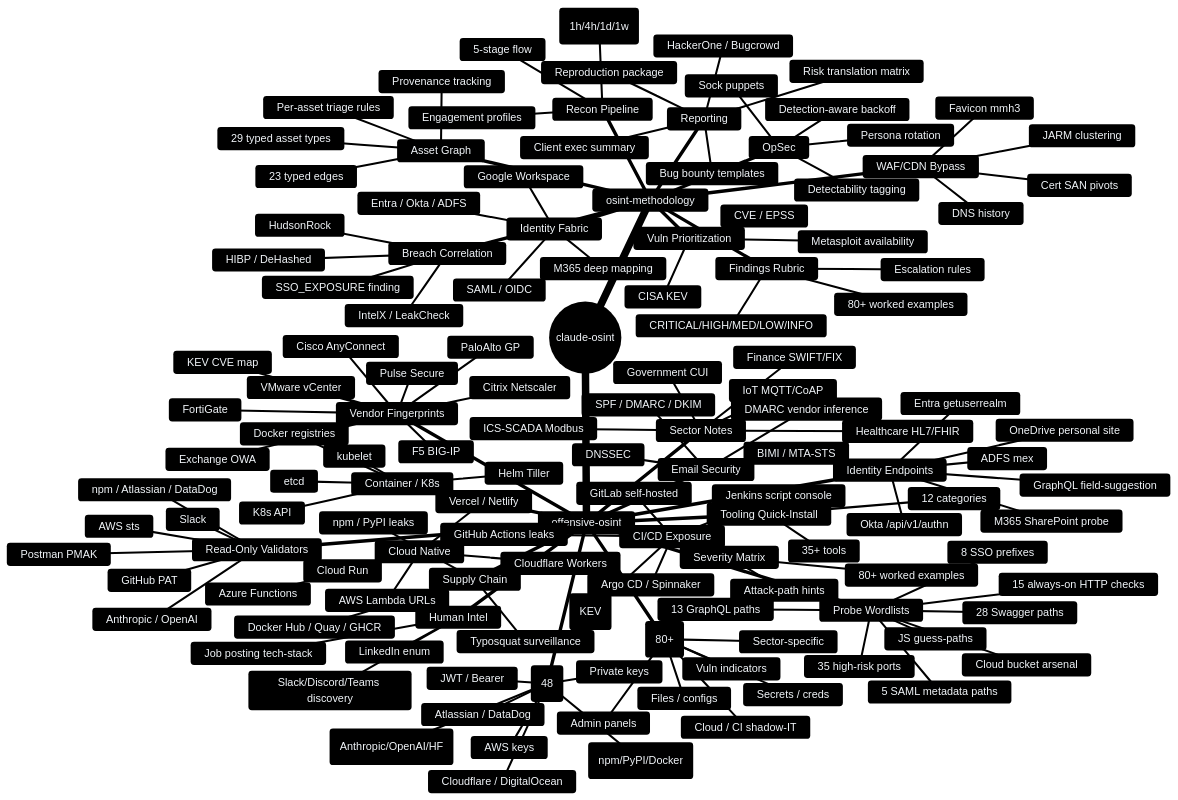
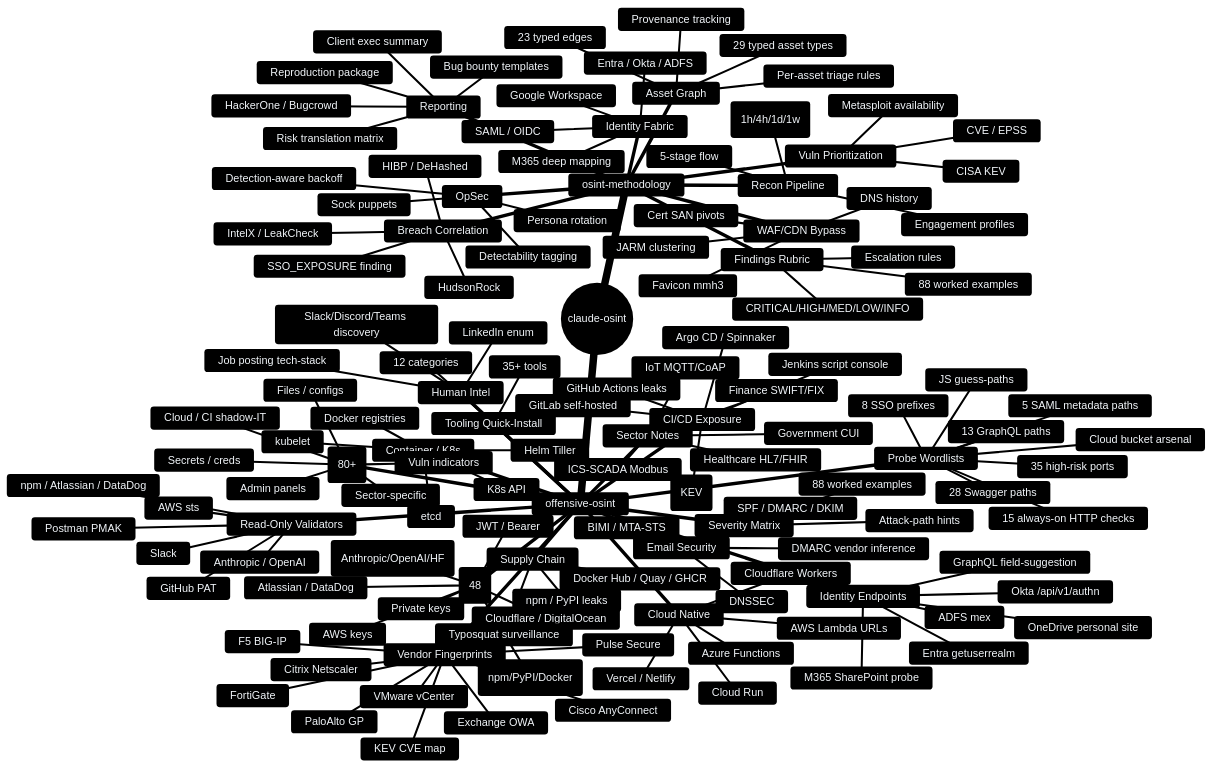
Before and after one commit to elementalsouls/Claude-OSINT: the first of 2 diagrams in README.md, drawn with Mermaid. The commit also changed other lines of this file and 8 other files, not shown here.

```diff
--- a/README.md
+++ b/README.md
@@ -76,7 +195,7 @@
         Provenance tracking
       Findings Rubric
         CRITICAL/HIGH/MED/LOW/INFO
-        80+ worked examples
+        88 worked examples
         Escalation rules
       Identity Fabric
         Entra / Okta / ADFS
@@ -176,7 +295,7 @@
         OneDrive personal site
         GraphQL field-suggestion
       Severity Matrix
-        80+ worked examples
+        88 worked examples
         Attack-path hints
       Human Intel
         LinkedIn enum
```
